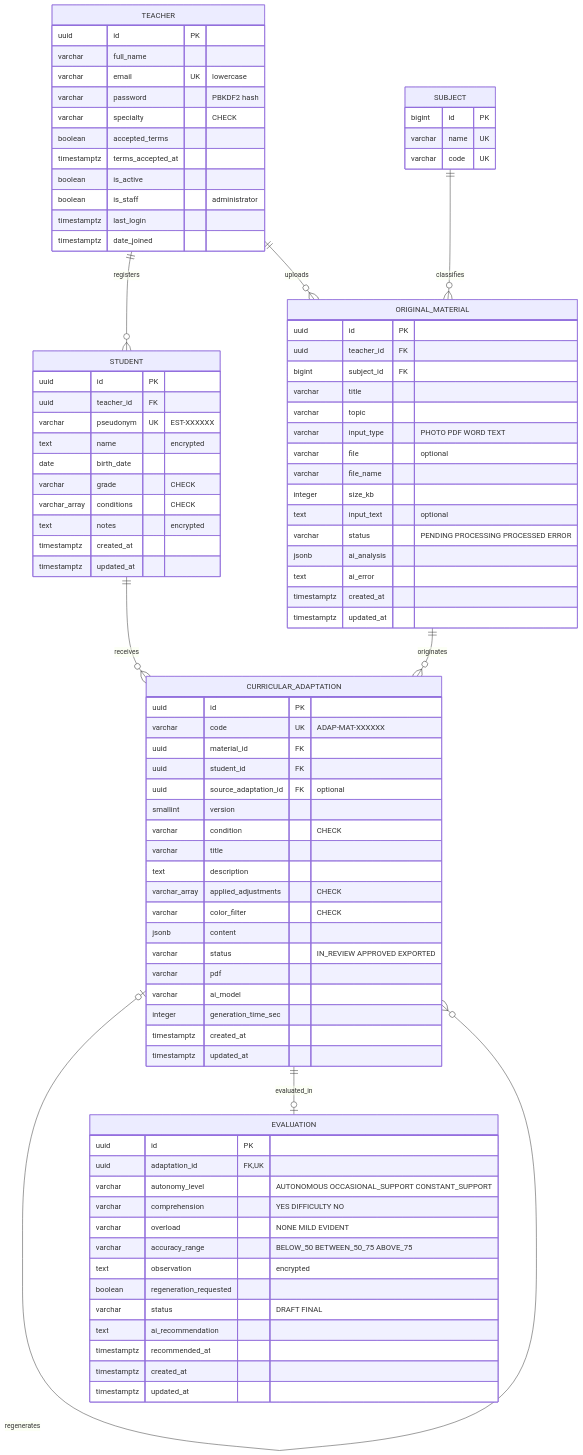
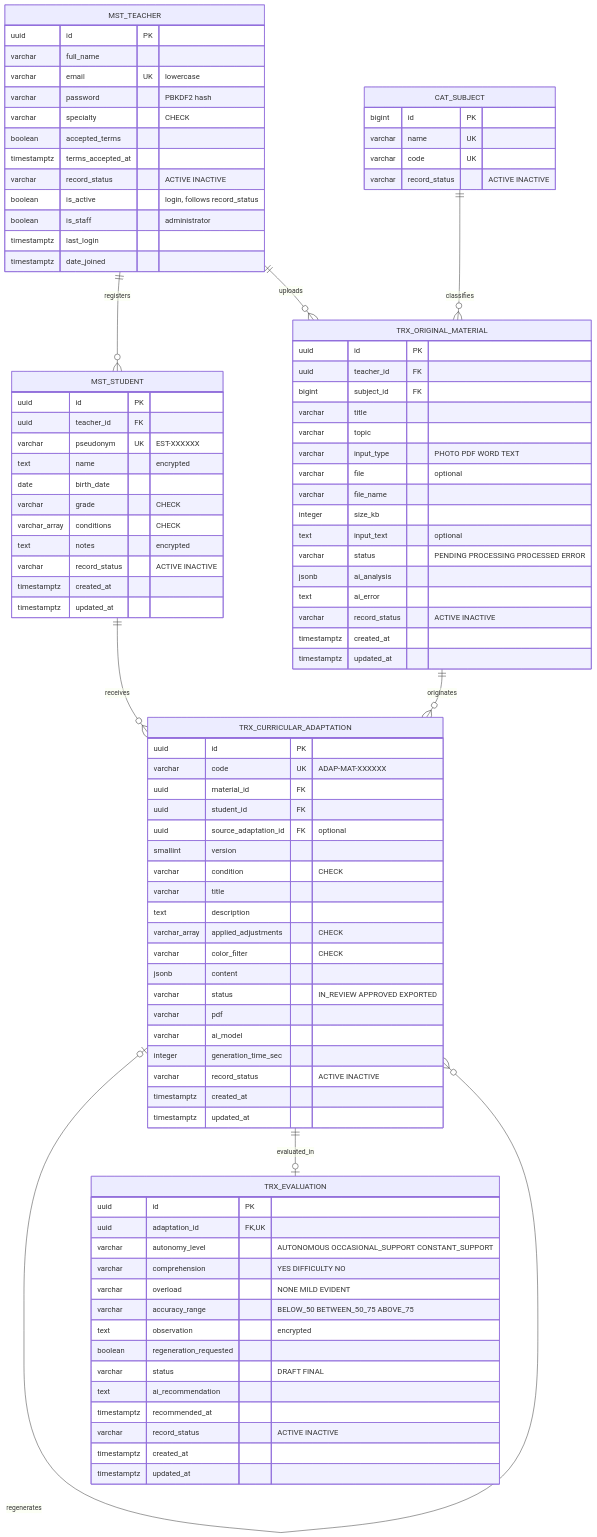
The diagram in docs/MER.md (jeandaly20/App_Maestro_Sombra), drawn with Mermaid before and after one commit. The commit also changed other lines of this file and 54 other files, not shown here.

````diff
--- a/docs/MER.md
+++ b/docs/MER.md
@@ -7,14 +7,14 @@
 ```mermaid
 erDiagram
-    TEACHER ||--o{ STUDENT : registers
-    TEACHER ||--o{ ORIGINAL_MATERIAL : uploads
-    SUBJECT ||--o{ ORIGINAL_MATERIAL : classifies
-    ORIGINAL_MATERIAL ||--o{ CURRICULAR_ADAPTATION : originates
-    STUDENT ||--o{ CURRICULAR_ADAPTATION : receives
-    CURRICULAR_ADAPTATION |o--o{ CURRICULAR_ADAPTATION : regenerates
-    CURRICULAR_ADAPTATION ||--o| EVALUATION : evaluated_in
+    MST_TEACHER ||--o{ MST_STUDENT : registers
+    MST_TEACHER ||--o{ TRX_ORIGINAL_MATERIAL : uploads
+    CAT_SUBJECT ||--o{ TRX_ORIGINAL_MATERIAL : classifies
+    TRX_ORIGINAL_MATERIAL ||--o{ TRX_CURRICULAR_ADAPTATION : originates
+    MST_STUDENT ||--o{ TRX_CURRICULAR_ADAPTATION : receives
+    TRX_CURRICULAR_ADAPTATION |o--o{ TRX_CURRICULAR_ADAPTATION : regenerates
+    TRX_CURRICULAR_ADAPTATION ||--o| TRX_EVALUATION : evaluated_in
 
-    TEACHER {
+    MST_TEACHER {
         uuid id PK
         varchar full_name
         varchar email UK "lowercase"
@@ -22,17 +22,19 @@
         varchar specialty "CHECK"
         boolean accepted_terms
         timestamptz terms_accepted_at
-        boolean is_active
+        varchar record_status "ACTIVE INACTIVE"
+        boolean is_active "login, follows record_status"
         boolean is_staff "administrator"
         timestamptz last_login
         timestamptz date_joined
     }
-    SUBJECT {
+    CAT_SUBJECT {
         bigint id PK
         varchar name UK
         varchar code UK
+        varchar record_status "ACTIVE INACTIVE"
     }
-    STUDENT {
+    MST_STUDENT {
         uuid id PK
         uuid teacher_id FK
         varchar pseudonym UK "EST-XXXXXX"
@@ -41,10 +43,11 @@
         varchar grade "CHECK"
         varchar_array conditions "CHECK"
         text notes "encrypted"
+        varchar record_status "ACTIVE INACTIVE"
         timestamptz created_at
         timestamptz updated_at
     }
-    ORIGINAL_MATERIAL {
+    TRX_ORIGINAL_MATERIAL {
         uuid id PK
         uuid teacher_id FK
         bigint subject_id FK
@@ -58,10 +61,11 @@
         varchar status "PENDING PROCESSING PROCESSED ERROR"
         jsonb ai_analysis
         text ai_error
+        varchar record_status "ACTIVE INACTIVE"
         timestamptz created_at
         timestamptz updated_at
     }
-    CURRICULAR_ADAPTATION {
+    TRX_CURRICULAR_ADAPTATION {
         uuid id PK
         varchar code UK "ADAP-MAT-XXXXXX"
         uuid material_id FK
@@ -78,10 +82,11 @@
         varchar pdf
         varchar ai_model
         integer generation_time_sec
+        varchar record_status "ACTIVE INACTIVE"
         timestamptz created_at
         timestamptz updated_at
     }
-    EVALUATION {
+    TRX_EVALUATION {
         uuid id PK
         uuid adaptation_id FK, UK
         varchar autonomy_level "AUTONOMOUS OCCASIONAL_SUPPORT CONSTANT_SUPPORT"
@@ -93,6 +98,7 @@
         varchar status "DRAFT FINAL"
         text ai_recommendation
         timestamptz recommended_at
+        varchar record_status "ACTIVE INACTIVE"
         timestamptz created_at
         timestamptz updated_at
     }
````
